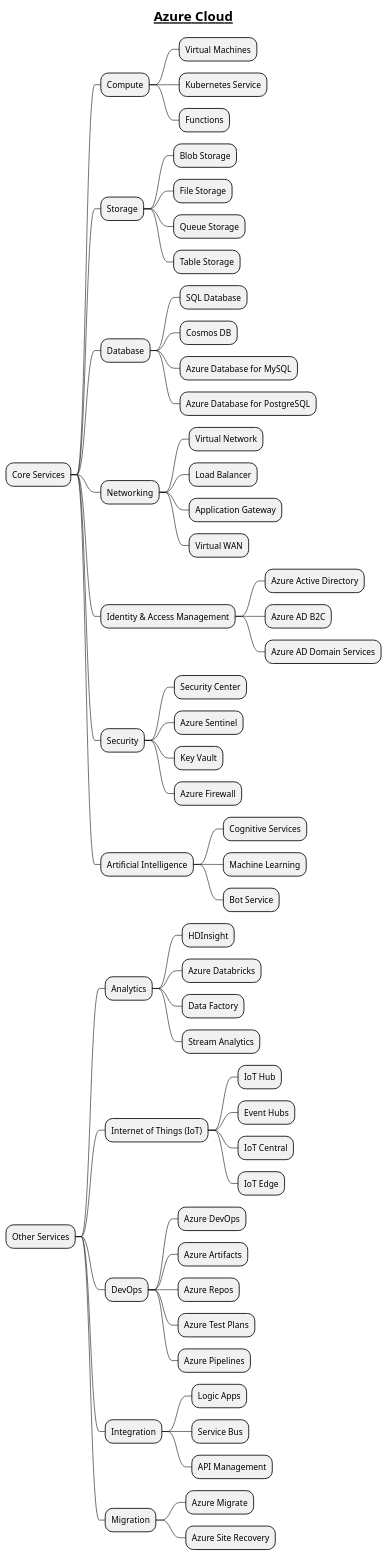
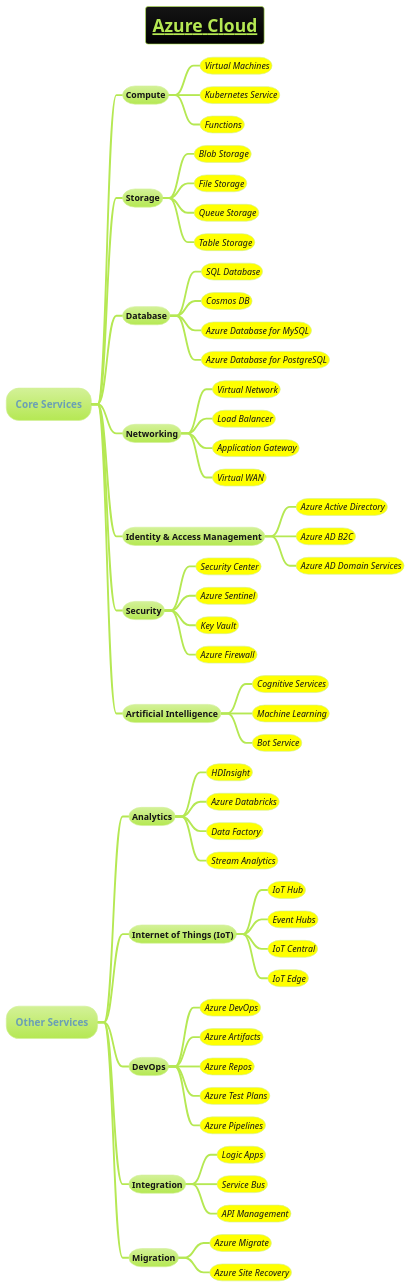
The diagram in docs/3-devops/devops-plantuml-mindmap/azure-cloud-platform.puml (MehmoodHashmi/Documentation-as-Code-DaC), drawn with PlantUML before and after one commit. The commit also changed 16 other files, not shown here.

```diff
--- a/docs/3-devops/devops-plantuml-mindmap/azure-cloud-platform.puml
+++ b/docs/3-devops/devops-plantuml-mindmap/azure-cloud-platform.puml
@@ -1,60 +1,63 @@
 @startmindmap
 title =__Azure Cloud__
+!theme hacker
+
+
 * Core Services
 ** Compute
-*** Virtual Machines
-*** Kubernetes Service
-*** Functions
+***[#yellow] ====<size:14> Virtual Machines
+***[#yellow] ====<size:14> Kubernetes Service
+***[#yellow] ====<size:14> Functions
 ** Storage
-*** Blob Storage
-*** File Storage
-*** Queue Storage
-*** Table Storage
+***[#yellow] ====<size:14> Blob Storage
+***[#yellow] ====<size:14> File Storage
+***[#yellow] ====<size:14> Queue Storage
+***[#yellow] ====<size:14> Table Storage
 ** Database
-*** SQL Database
-*** Cosmos DB
-*** Azure Database for MySQL
-*** Azure Database for PostgreSQL
+***[#yellow] ====<size:14> SQL Database
+***[#yellow] ====<size:14> Cosmos DB
+***[#yellow] ====<size:14> Azure Database for MySQL
+***[#yellow] ====<size:14> Azure Database for PostgreSQL
 ** Networking
-*** Virtual Network
-*** Load Balancer
-*** Application Gateway
-*** Virtual WAN
+***[#yellow] ====<size:14> Virtual Network
+***[#yellow] ====<size:14> Load Balancer
+***[#yellow] ====<size:14> Application Gateway
+***[#yellow] ====<size:14> Virtual WAN
 ** Identity & Access Management
-*** Azure Active Directory
-*** Azure AD B2C
-*** Azure AD Domain Services
+***[#yellow] ====<size:14> Azure Active Directory
+***[#yellow] ====<size:14> Azure AD B2C
+***[#yellow] ====<size:14> Azure AD Domain Services
 ** Security
-*** Security Center
-*** Azure Sentinel
-*** Key Vault
-*** Azure Firewall
+***[#yellow] ====<size:14> Security Center
+***[#yellow] ====<size:14> Azure Sentinel
+***[#yellow] ====<size:14> Key Vault
+***[#yellow] ====<size:14> Azure Firewall
 ** Artificial Intelligence
-*** Cognitive Services
-*** Machine Learning
-*** Bot Service
+***[#yellow] ====<size:14> Cognitive Services
+***[#yellow] ====<size:14> Machine Learning
+***[#yellow] ====<size:14> Bot Service
 * Other Services
 ** Analytics
-*** HDInsight
-*** Azure Databricks
-*** Data Factory
-*** Stream Analytics
+***[#yellow] ====<size:14> HDInsight
+***[#yellow] ====<size:14> Azure Databricks
+***[#yellow] ====<size:14> Data Factory
+***[#yellow] ====<size:14> Stream Analytics
 ** Internet of Things (IoT)
-*** IoT Hub
-*** Event Hubs
-*** IoT Central
-*** IoT Edge
+***[#yellow] ====<size:14> IoT Hub
+***[#yellow] ====<size:14> Event Hubs
+***[#yellow] ====<size:14> IoT Central
+***[#yellow] ====<size:14> IoT Edge
 ** DevOps
-*** Azure DevOps
-*** Azure Artifacts
-*** Azure Repos
-*** Azure Test Plans
-*** Azure Pipelines
+***[#yellow] ====<size:14> Azure DevOps
+***[#yellow] ====<size:14> Azure Artifacts
+***[#yellow] ====<size:14> Azure Repos
+***[#yellow] ====<size:14> Azure Test Plans
+***[#yellow] ====<size:14> Azure Pipelines
 ** Integration
-*** Logic Apps
-*** Service Bus
-*** API Management
+***[#yellow] ====<size:14> Logic Apps
+***[#yellow] ====<size:14> Service Bus
+***[#yellow] ====<size:14> API Management
 ** Migration
-*** Azure Migrate
-*** Azure Site Recovery
+***[#yellow] ====<size:14> Azure Migrate
+***[#yellow] ====<size:14> Azure Site Recovery
 @endmindmap
```
